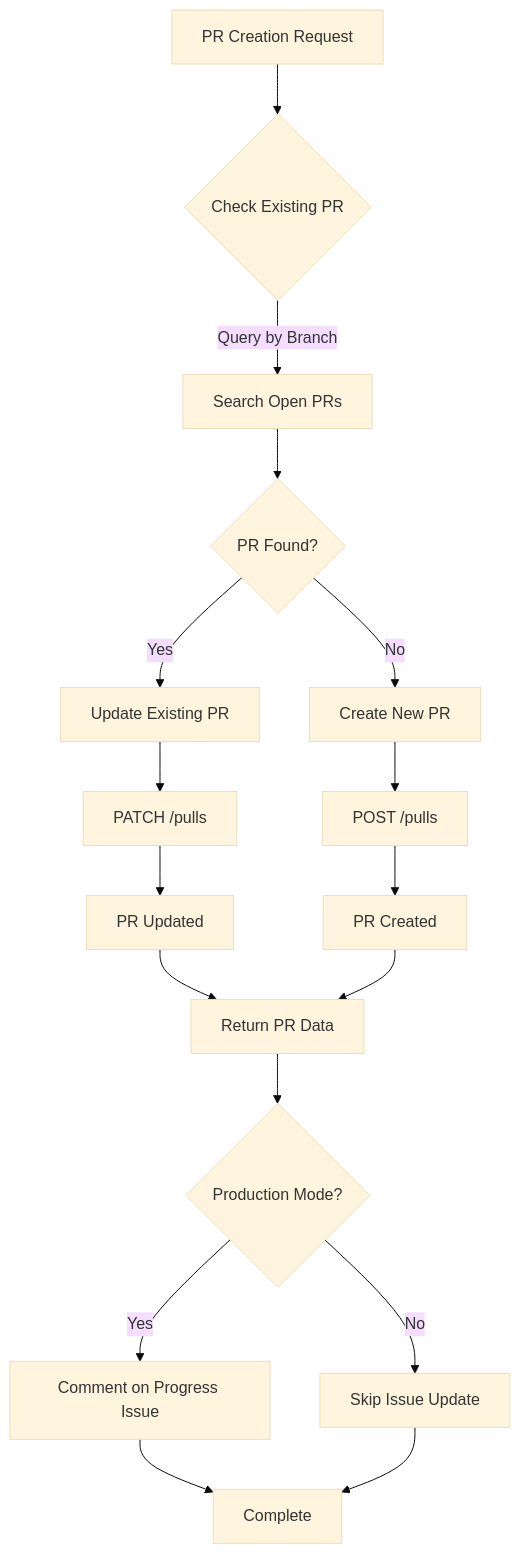
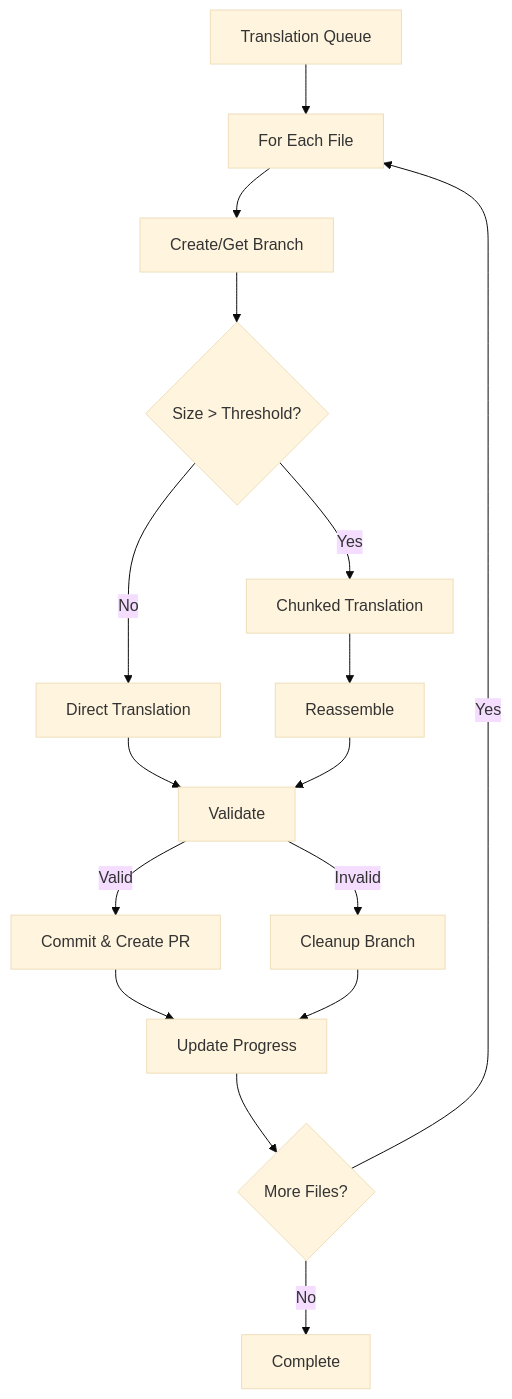
The seventh of 8 diagrams in docs/WORKFLOW.md (NivaldoFarias/translate-react), drawn with Mermaid (base theme) before and after one commit. The commit also changed other lines of this file and 3 other files, not shown here.

````diff
--- a/docs/WORKFLOW.md
+++ b/docs/WORKFLOW.md
@@ -398,25 +156,18 @@
 ```mermaid
 flowchart TD
-    A[PR Creation Request] --> B{Check Existing PR}
-    B -->|Query by Branch| C[Search Open PRs]
-
-    C --> D{PR Found?}
-    D -->|Yes| E[Update Existing PR]
-    D -->|No| F[Create New PR]
-
-    E --> G["PATCH /pulls"]
-    F --> H["POST /pulls"]
-
-    G --> I[PR Updated]
-    H --> J[PR Created]
-
-    I --> K[Return PR Data]
+    A[Translation Queue] --> B[For Each File]
+    B --> C[Create/Get Branch]
+    C --> D{Size > Threshold?}
+    D -->|Yes| E[Chunked Translation]
+    D -->|No| F[Direct Translation]
+    E --> G[Reassemble]
+    F --> H[Validate]
+    G --> H
+    H -->|Valid| I[Commit & Create PR]
+    H -->|Invalid| J[Cleanup Branch]
+    I --> K[Update Progress]
     J --> K
-
-    K --> L{Production Mode?}
-    L -->|Yes| M[Comment on Progress Issue]
-    L -->|No| N[Skip Issue Update]
-
-    M --> O[Complete]
-    N --> O
+    K --> L{More Files?}
+    L -->|Yes| B
+    L -->|No| M[Complete]
 ```
````
